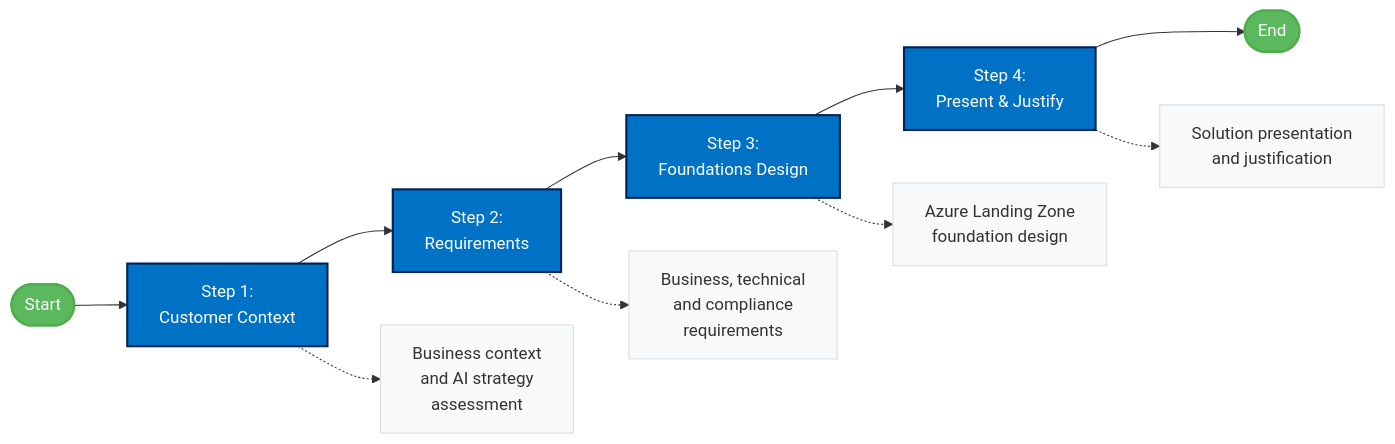
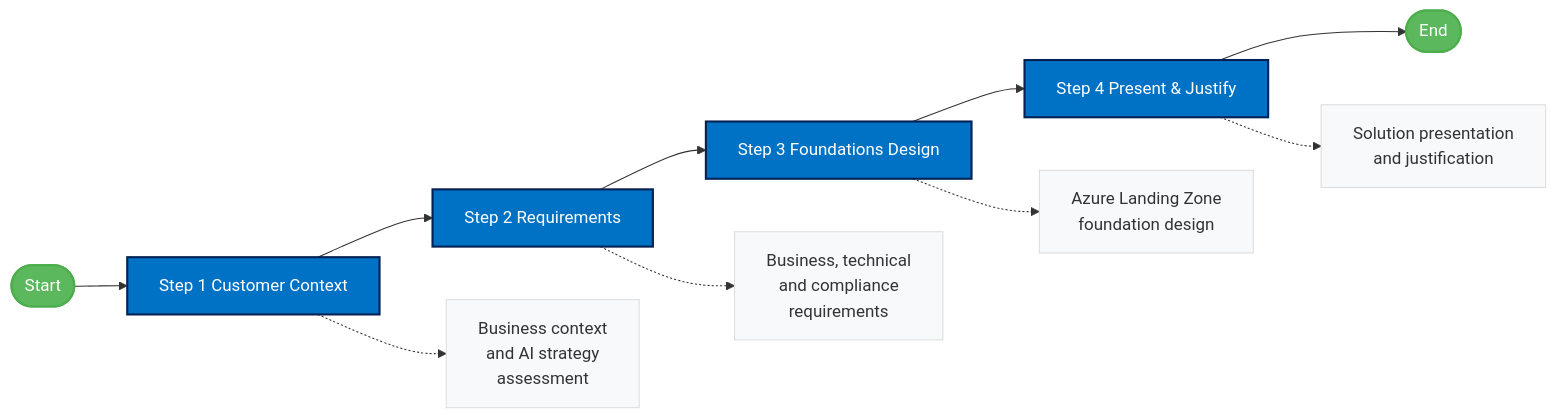
Before and after one commit to briandenicola/xlr8-e2eaisolutions: the diagram in docs/ai-ready-challenge.md, drawn with Mermaid. The commit also changed 17 other files, not shown here.

````diff
--- a/docs/ai-ready-challenge.md
+++ b/docs/ai-ready-challenge.md
@@ -29,25 +29,25 @@
 ```mermaid
 flowchart LR
     %% Define the flow of the AI Ready Challenge
     Start([Start]) --> Step1
-    Step1[Step 1:\nCustomer Context] --> Step2[Step 2:\nRequirements]
-    Step2 --> Step3[Step 3:\nFoundations Design]
-    Step3 --> Step4[Step 4:\nPresent & Justify]
+    Step1[Step 1 Customer Context] --> Step2[Step 2 Requirements]
+    Step2 --> Step3[Step 3 Foundations Design]
+    Step3 --> Step4[Step 4 Present & Justify]
     Step4 --> End([End])
     
     %% Add descriptions
     classDef step fill:#0072C6,stroke:#025,color:white,stroke-width:2px
     classDef endpoint fill:#5CB85C,stroke:#4CAE4C,color:white,stroke-width:2px
     
     class Step1,Step2,Step3,Step4 step
     class Start,End endpoint
     
     %% Add annotations
     Step1 -.-> Ann1[Business context\nand AI strategy\nassessment]
     Step2 -.-> Ann2[Business, technical\nand compliance\nrequirements]
     Step3 -.-> Ann3[Azure Landing Zone\nfoundation design]
     Step4 -.-> Ann4[Solution presentation\nand justification]
     
     classDef annotation fill:#F8F9FA,stroke:#DDD,color:#333
     class Ann1,Ann2,Ann3,Ann4 annotation
 ```
````
